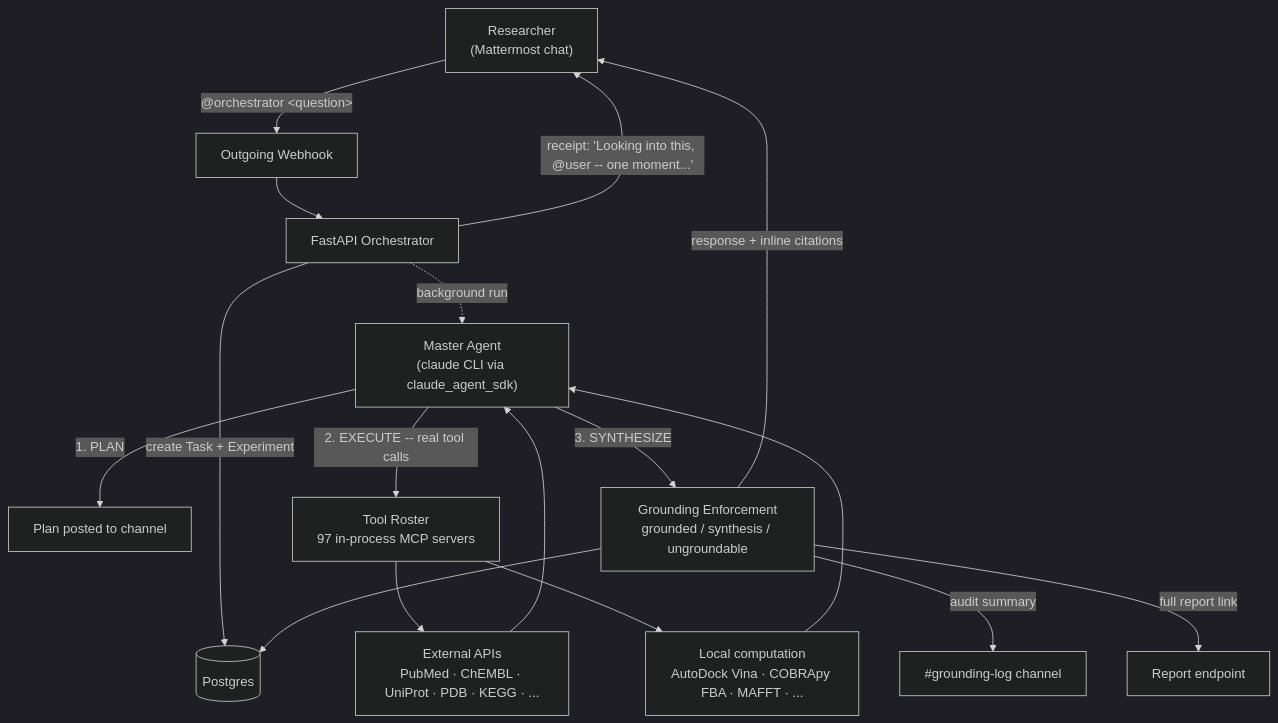
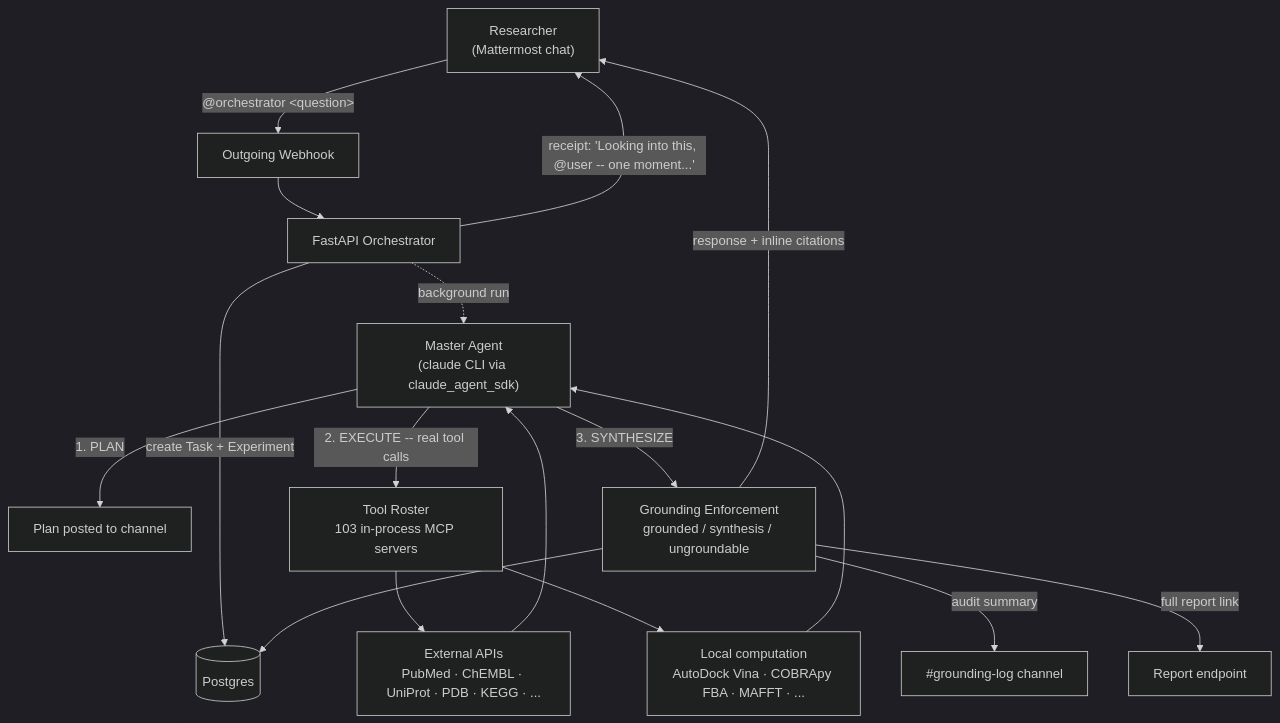
The diagram in README.md (RohanV01/AI-BioScientist), drawn with Mermaid (dark theme) before and after one commit. The commit also changed other lines of this file, not shown here.

Commit message:
README: update tool count 97 -> 103

````diff
--- a/README.md
+++ b/README.md
@@ -15,22 +15,22 @@
 ```mermaid
 flowchart TB
     U["Researcher<br/>(Mattermost chat)"] -->|"@orchestrator &lt;question&gt;"| W["Outgoing Webhook"]
     W --> O["FastAPI Orchestrator"]
     O -->|"create Task + Experiment"| DB[("Postgres")]
     O -->|"receipt: 'Looking into this, @user -- one moment...'"| U
 
     O -.->|"background run"| A["Master Agent<br/>(claude CLI via claude_agent_sdk)"]
     A -->|"1. PLAN"| PL["Plan posted to channel"]
-    A -->|"2. EXECUTE -- real tool calls"| T["Tool Roster<br/>97 in-process MCP servers"]
+    A -->|"2. EXECUTE -- real tool calls"| T["Tool Roster<br/>103 in-process MCP servers"]
 
     T --> EXT["External APIs<br/>PubMed · ChEMBL · UniProt · PDB · KEGG · ..."]
     T --> LOC["Local computation<br/>AutoDock Vina · COBRApy FBA · MAFFT · ..."]
     EXT --> A
     LOC --> A
 
     A -->|"3. SYNTHESIZE"| G["Grounding Enforcement<br/>grounded / synthesis / ungroundable"]
     G --> DB
     G -->|"response + inline citations"| U
     G -->|"audit summary"| GL["#grounding-log channel"]
     G -->|"full report link"| R["Report endpoint"]
 ```
````
